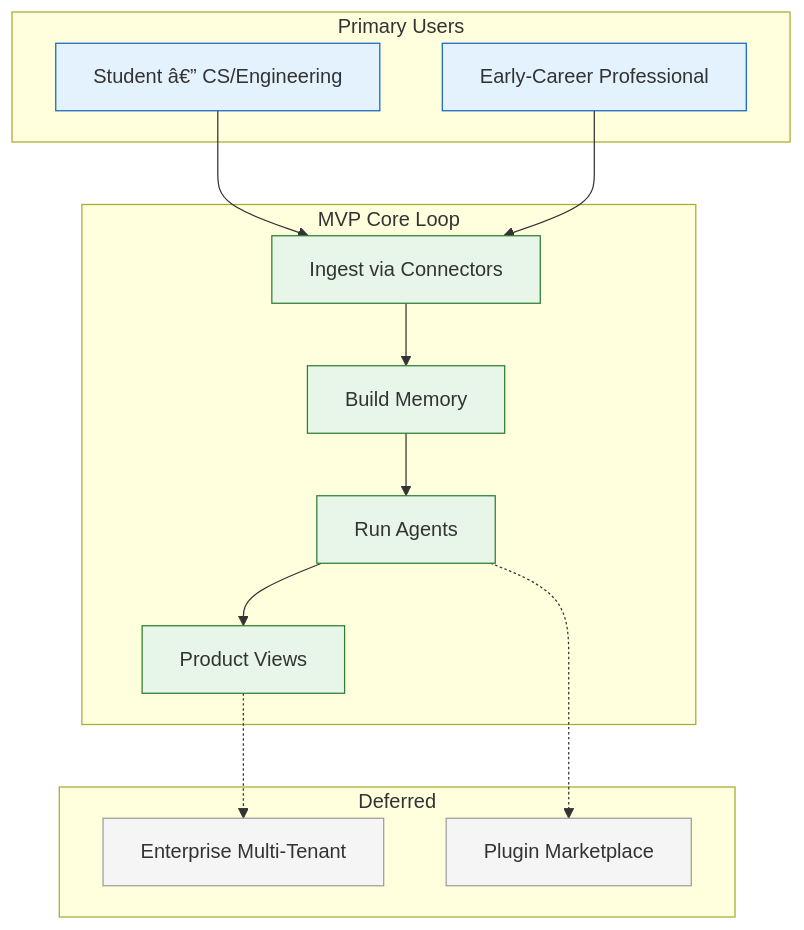
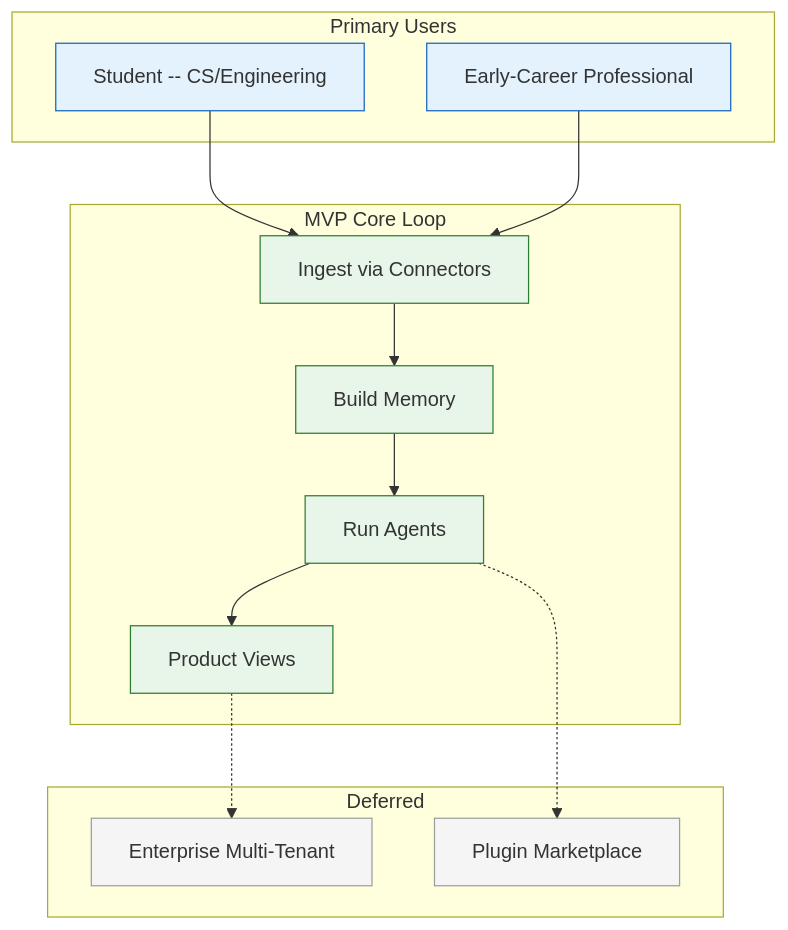
The diagram in Docs/Product/PRD.md (Driftloom/Vaeloom), drawn with Mermaid before and after one commit. The commit also changed other lines of this file and 31 other files, not shown here.

Commit message:
docs(product): add PRD, roadmap, user-stories, personas, specs, and strategy

````diff
--- a/Docs/Product/PRD.md
+++ b/Docs/Product/PRD.md
@@ -48,31 +48,31 @@
 ```mermaid
 graph TD
     subgraph Users["Primary Users"]
-        U1["Student â€” CS/Engineering"]
+        U1["Student -- CS/Engineering"]
         U2["Early-Career Professional"]
     end
 
     subgraph CoreLoop["MVP Core Loop"]
         ING["Ingest via Connectors"]
         MEM["Build Memory"]
         AGT["Run Agents"]
         VIEW["Product Views"]
     end
 
     subgraph Out["Deferred"]
         ENT["Enterprise Multi-Tenant"]
         MKT["Plugin Marketplace"]
     end
 
     U1 & U2 --> ING --> MEM --> AGT --> VIEW
     VIEW -.-> ENT
     AGT -.-> MKT
 
     classDef user fill:#e3f2fd,stroke:#1565c0
     classDef core fill:#e8f5e9,stroke:#2e7d32
     classDef defer fill:#f5f5f5,stroke:#9e9e9e
 
     class U1,U2 user
     class ING,MEM,AGT,VIEW core
     class ENT,MKT defer
 ```
````
